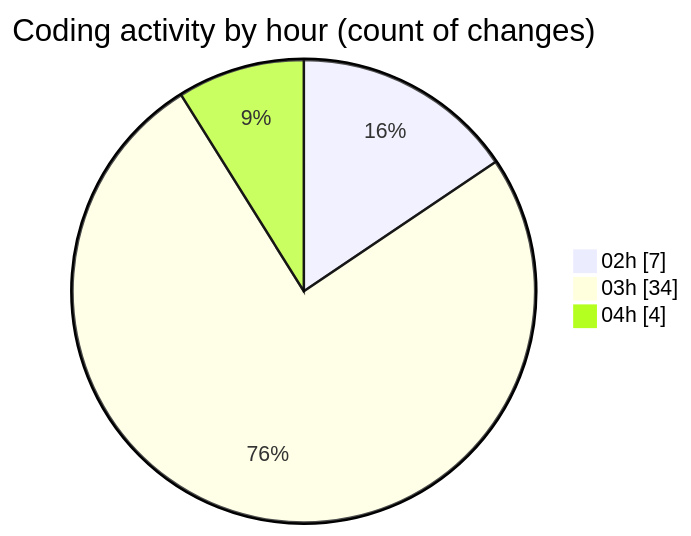
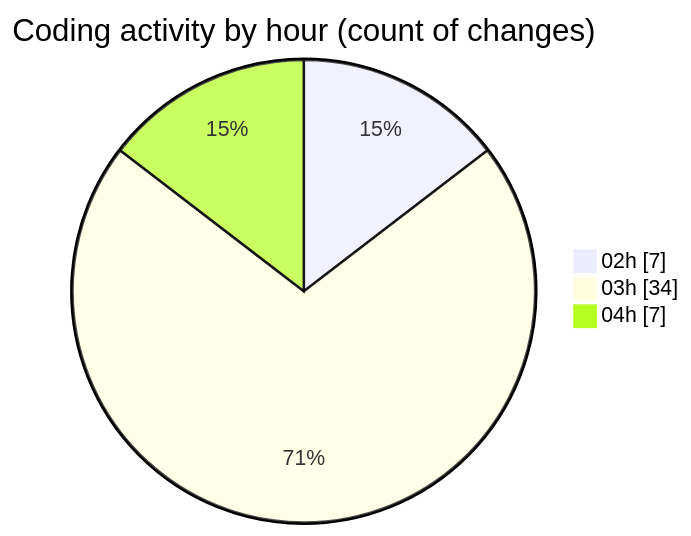
One commit to JenPaints/code-tracking changed the second of 2 diagrams in 2025-05-29/kimberly-groups/README.md. Above: the diagram before and after it, drawn with Mermaid. The commit also changed other lines of this file and 1 other file, not shown here.

````diff
--- a/2025-05-29/kimberly-groups/README.md
+++ b/2025-05-29/kimberly-groups/README.md
@@ -32,7 +33,7 @@
 ```mermaid
 pie showData
 title Coding activity by hour (count of changes)
 "02h" : 7
 "03h" : 34
-"04h" : 4
+"04h" : 7
 ```
````
